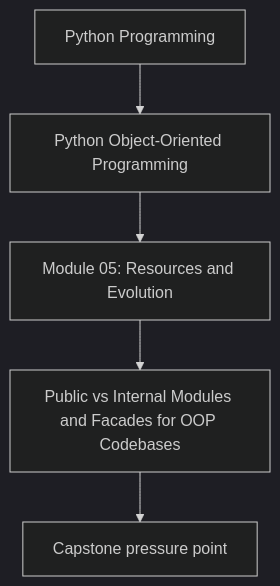
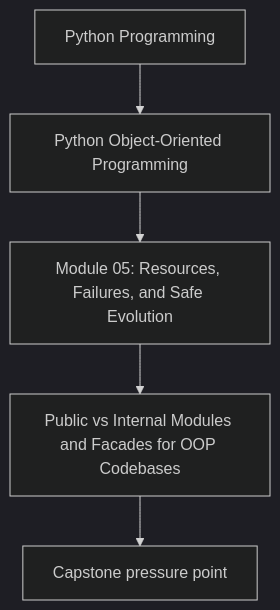
Before and after one commit to bijux/bijux-masterclass: the first of 2 diagrams in programs/python-programming/python-object-oriented-programming/course-book/module-05-resources-and-evolution/public-versus-internal-modules.md, drawn with Mermaid (dark theme). The commit also changed 241 other files, not shown here.

````diff
--- a/programs/python-programming/python-object-oriented-programming/course-book/module-05-resources-and-evolution/public-versus-internal-modules.md
+++ b/programs/python-programming/python-object-oriented-programming/course-book/module-05-resources-and-evolution/public-versus-internal-modules.md
@@ -7,7 +7,7 @@
 ```mermaid
 flowchart TD
   family["Python Programming"] --> program["Python Object-Oriented Programming"]
-  program --> module["Module 05: Resources and Evolution"]
+  program --> module["Module 05: Resources, Failures, and Safe Evolution"]
   module --> concept["Public vs Internal Modules and Facades for OOP Codebases"]
   concept --> capstone["Capstone pressure point"]
 ```
````
